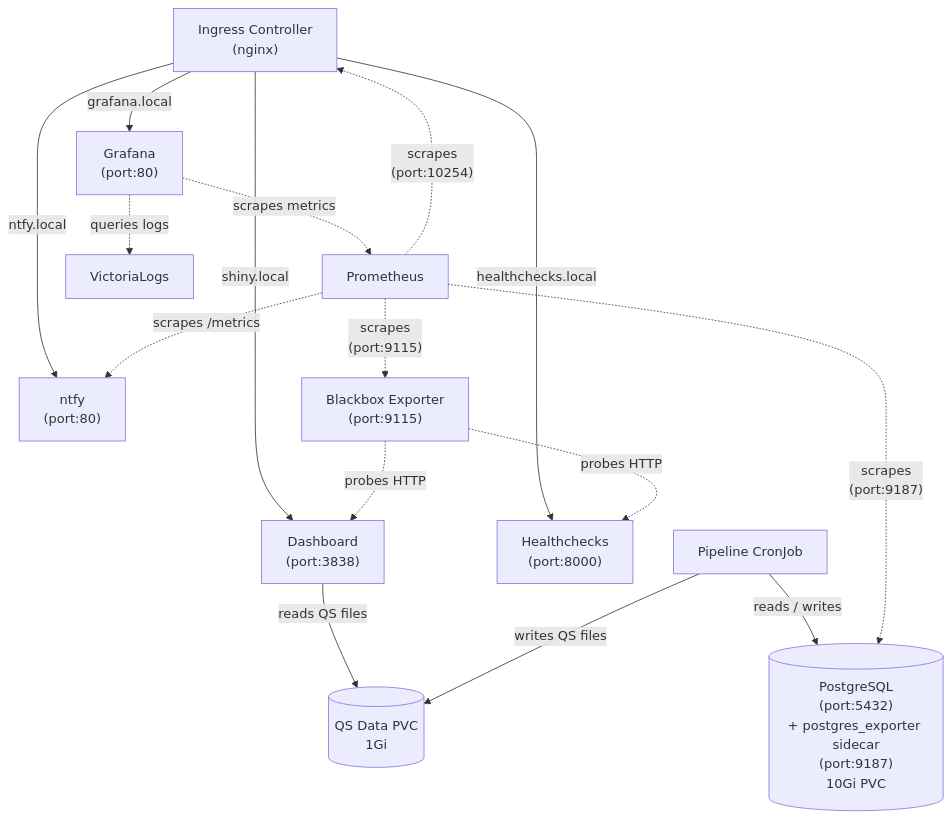
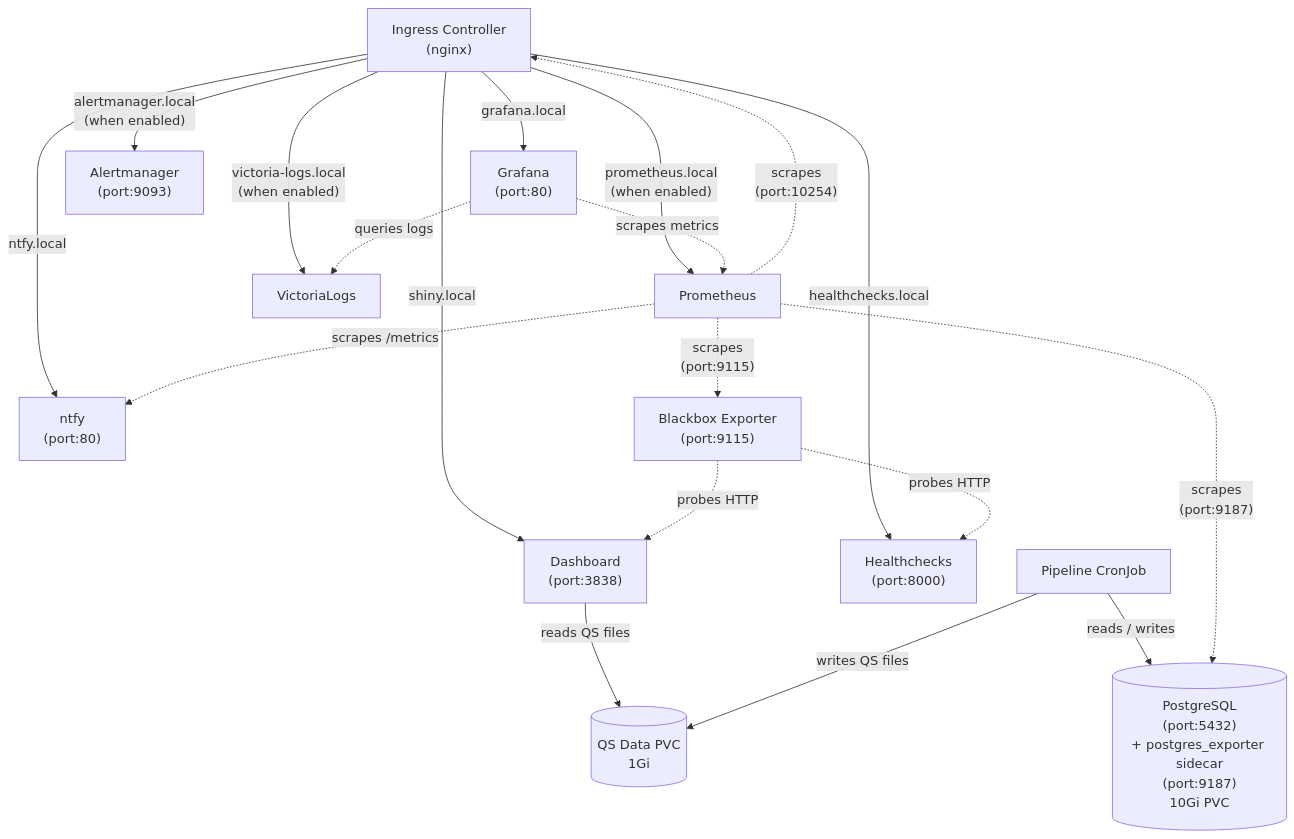
Before and after one commit to mathieubpoiriericm/icm-dashboard: the first of 3 diagrams in docs/kubernetes-cluster-overview.md, drawn with Mermaid. The commit also changed other lines of this file and 6 other files, not shown here.

````diff
--- a/docs/kubernetes-cluster-overview.md
+++ b/docs/kubernetes-cluster-overview.md
@@ -55,25 +55,28 @@
 ```mermaid
 graph TD
     ingress["Ingress Controller<br/>(nginx)"]
 
     ingress -- "shiny.local" --> dashboard["Dashboard<br/>(port:3838)"]
     ingress -- "grafana.local" --> grafana["Grafana<br/>(port:80)"]
     ingress -- "ntfy.local" --> ntfy["ntfy<br/>(port:80)"]
     ingress -- "healthchecks.local" --> healthchecks["Healthchecks<br/>(port:8000)"]
+    ingress -- "prometheus.local<br/>(when enabled)" --> prometheus
+    ingress -- "alertmanager.local<br/>(when enabled)" --> alertmanager["Alertmanager<br/>(port:9093)"]
+    ingress -- "victoria-logs.local<br/>(when enabled)" --> victorialogs
 
     dashboard -- "reads QS files" --> qspvc[("QS Data PVC<br/>1Gi")]
     pipeline["Pipeline CronJob"] -- "writes QS files" --> qspvc
     pipeline -- "reads / writes" --> postgresql[("PostgreSQL<br/>(port:5432)<br/>+ postgres_exporter sidecar<br/>(port:9187)<br/>10Gi PVC")]
 
     grafana -. "scrapes metrics" .-> prometheus["Prometheus"]
     grafana -. "queries logs" .-> victorialogs["VictoriaLogs"]
 
     blackbox["Blackbox Exporter<br/>(port:9115)"]
     blackbox -. "probes HTTP" .-> dashboard
     blackbox -. "probes HTTP" .-> healthchecks
 
     prometheus -. "scrapes<br/>(port:9187)" .-> postgresql
     prometheus -. "scrapes /metrics" .-> ntfy
     prometheus -. "scrapes<br/>(port:9115)" .-> blackbox
     prometheus -. "scrapes<br/>(port:10254)" .-> ingress
 ```
````
